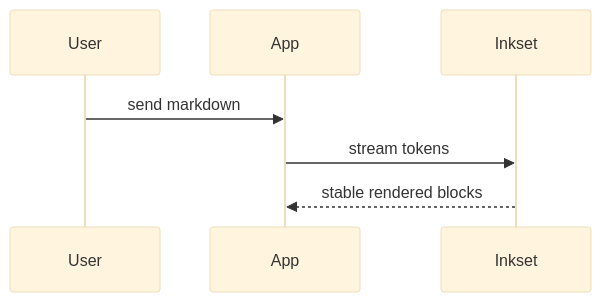
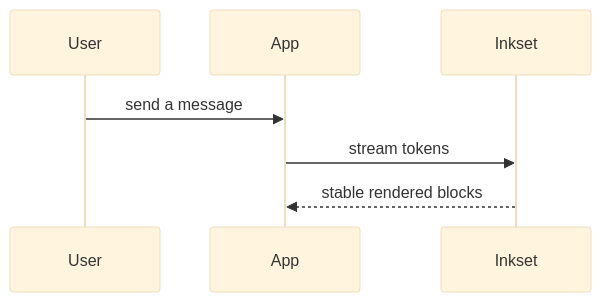
One commit to daviskeene/inkset changed the diagram in apps/playground/src/content/docs/plugin-diagram.md. Above: the diagram before and after it, drawn with Mermaid (base theme). The commit also changed other lines of this file and 56 other files, not shown here.

````diff
--- a/apps/playground/src/content/docs/plugin-diagram.md
+++ b/apps/playground/src/content/docs/plugin-diagram.md
@@ -33,9 +42,9 @@
 ```mermaid
 sequenceDiagram
   participant User
   participant App
   participant Inkset
-  User->>App: send markdown
+  User->>App: send a message
   App->>Inkset: stream tokens
   Inkset-->>App: stable rendered blocks
 ```
````
